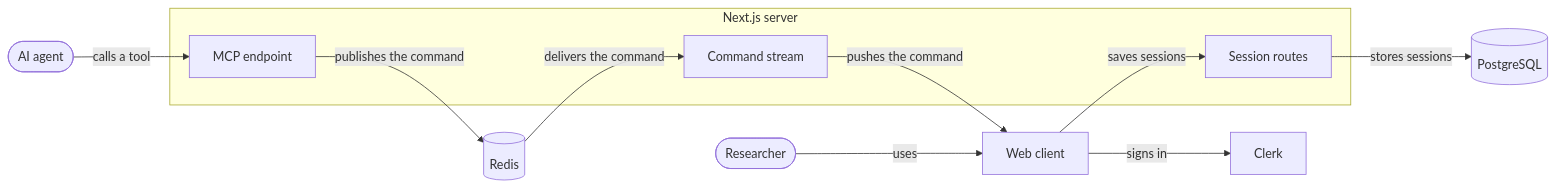
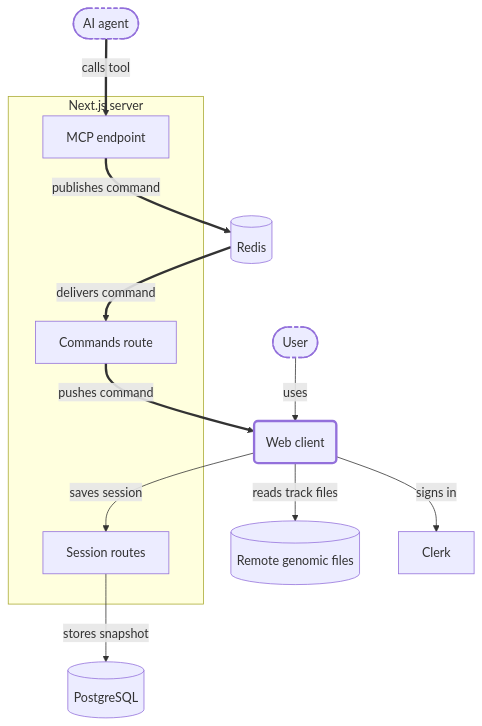
One commit to weng-lab/genomebrowser changed the diagram in apps/web/README.md. Above: the diagram before and after it, drawn with Mermaid.

Commit message:
Update web app README architecture diagram

````diff
--- a/apps/web/README.md
+++ b/apps/web/README.md
@@ -5,18 +5,30 @@
 ```mermaid
-flowchart LR
-  User([Researcher]) -->|uses| Client[Web client]
-  Agent([AI agent]) -->|calls a tool| MCP
+flowchart TD
+  User([User])
+  Agent([AI agent])
+  Client(Web client)
+  subgraph Next[Next.js server]
+    MCP[MCP endpoint]
+    Commands[Commands route]
+    Sessions[Session routes]
+  end
+  Redis[(Redis)]
+  DB[(PostgreSQL)]
+  Files[(Remote genomic files)]
+  Clerk[Clerk]
+  User -->|uses| Client
+  Agent -->|calls tool| MCP
+  MCP -->|publishes command| Redis
+  Redis -->|delivers command| Commands
+  Commands -->|pushes command| Client
+  Client -->|saves session| Sessions
+  Sessions -->|stores snapshot| DB
+  Client -->|reads track files| Files
+  Client -->|signs in| Clerk
 
-  subgraph Next[Next.js server]
-    Sessions[Session routes]
-    MCP[MCP endpoint]
-    Stream[Command stream]
-  end
-
-  Client -->|saves sessions| Sessions
-  Sessions -->|stores sessions| Postgres[(PostgreSQL)]
-  MCP -->|publishes the command| Redis[(Redis)]
-  Redis -->|delivers the command| Stream
-  Stream -->|pushes the command| Client
-  Client -->|signs in| Clerk[Clerk]
+  classDef actor stroke-width:2px,stroke-dasharray:5 3
+  classDef frontend stroke-width:3px
+  class User,Agent actor
+  class Client frontend
+  linkStyle 1,2,3,4 stroke-width:3px
 ```
````
